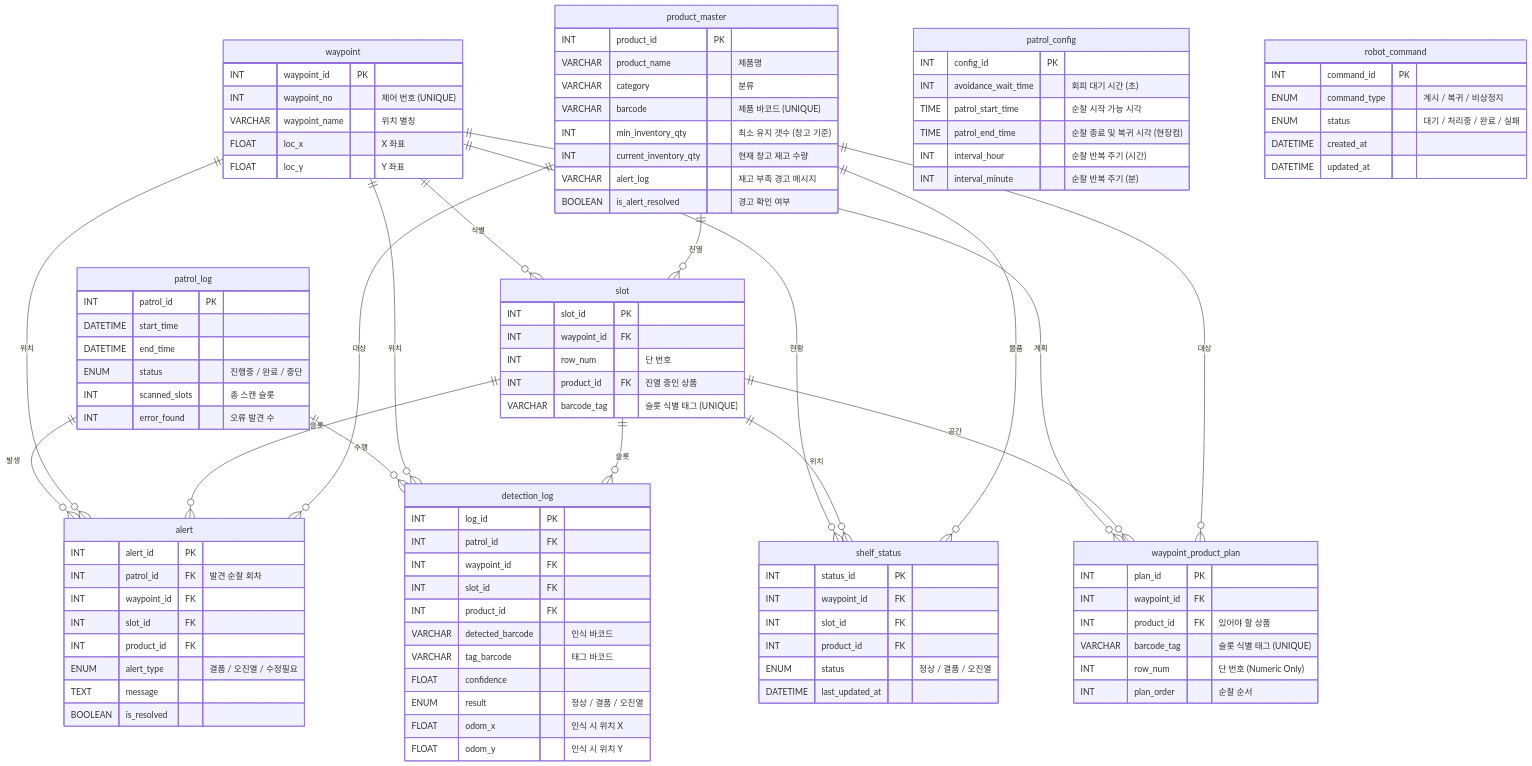
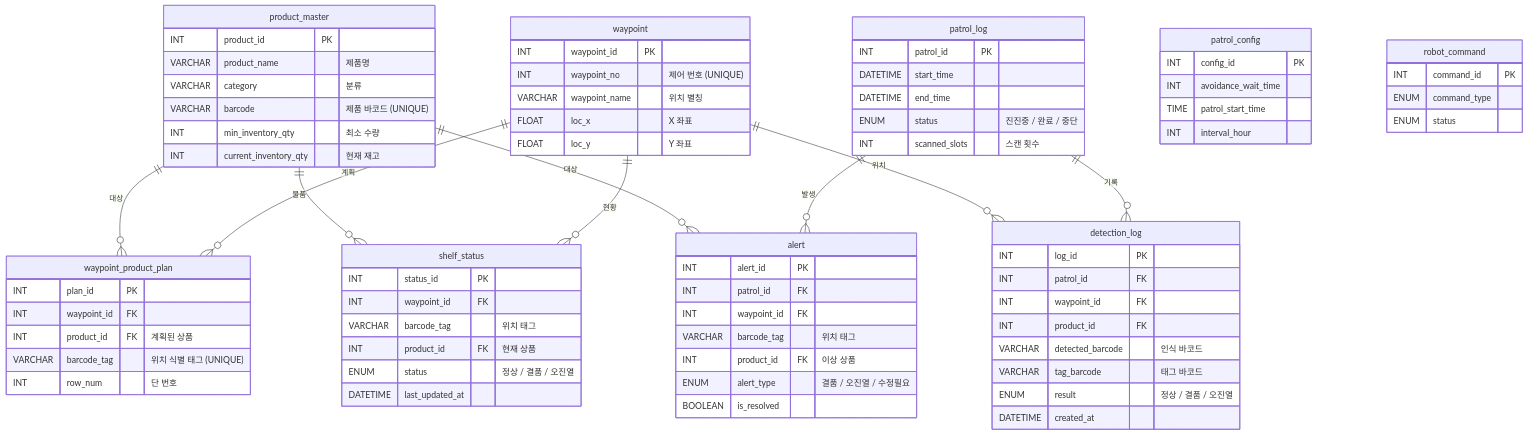
Before and after one commit to Hoon0185/AI_Robot_Final_Project202603: the diagram in db-server/doc/erd.md, drawn with Mermaid. The commit also changed other lines of this file and 2 other files, not shown here.

Commit message:
DB 레거시 테이블(shelf, slot, shelf_product) 정리 및 스키마 문서 최적화 (v3.2)

````diff
--- a/db-server/doc/erd.md
+++ b/db-server/doc/erd.md
@@ -61,10 +51,8 @@
         VARCHAR product_name "제품명"
         VARCHAR category "분류"
         VARCHAR barcode "제품 바코드 (UNIQUE)"
-        INT min_inventory_qty "최소 유지 갯수 (창고 기준)"
-        INT current_inventory_qty "현재 창고 재고 수량"
-        VARCHAR alert_log "재고 부족 경고 메시지"
-        BOOLEAN is_alert_resolved "경고 확인 여부"
+        INT min_inventory_qty "최소 수량"
+        INT current_inventory_qty "현재 재고"
     }
 
     waypoint {
@@ -75,28 +63,19 @@
         FLOAT loc_y "Y 좌표"
     }
 
-    slot {
-        INT slot_id PK
-        INT waypoint_id FK
-        INT row_num "단 번호"
-        INT product_id FK "진열 중인 상품"
-        VARCHAR barcode_tag "슬롯 식별 태그 (UNIQUE)"
-    }
-
     waypoint_product_plan {
         INT plan_id PK
         INT waypoint_id FK
-        INT product_id FK "있어야 할 상품"
-        VARCHAR barcode_tag "슬롯 식별 태그 (UNIQUE)"
-        INT row_num "단 번호 (Numeric Only)"
-        INT plan_order "순찰 순서"
+        INT product_id FK "계획된 상품"
+        VARCHAR barcode_tag "위치 식별 태그 (UNIQUE)"
+        INT row_num "단 번호"
     }
 
     shelf_status {
         INT status_id PK
         INT waypoint_id FK
-        INT slot_id FK
-        INT product_id FK
+        VARCHAR barcode_tag "위치 태그"
+        INT product_id FK "현재 상품"
         ENUM status "정상 / 결품 / 오진열"
         DATETIME last_updated_at
     }
@@ -105,66 +84,50 @@
         INT patrol_id PK
         DATETIME start_time
         DATETIME end_time
-        ENUM status "진행중 / 완료 / 중단"
-        INT scanned_slots "총 스캔 슬롯"
-        INT error_found "오류 발견 수"
+        ENUM status "진진중 / 완료 / 중단"
+        INT scanned_slots "스캔 횟수"
     }
 
     detection_log {
         INT log_id PK
         INT patrol_id FK
         INT waypoint_id FK
-        INT slot_id FK
         INT product_id FK
         VARCHAR detected_barcode "인식 바코드"
         VARCHAR tag_barcode "태그 바코드"
-        FLOAT confidence
         ENUM result "정상 / 결품 / 오진열"
-        FLOAT odom_x "인식 시 위치 X"
-        FLOAT odom_y "인식 시 위치 Y"
+        DATETIME created_at
     }
 
     alert {
         INT alert_id PK
-        INT patrol_id FK "발견 순찰 회차"
+        INT patrol_id FK
         INT waypoint_id FK
-        INT slot_id FK
-        INT product_id FK
+        VARCHAR barcode_tag "위치 태그"
+        INT product_id FK "이상 상품"
         ENUM alert_type "결품 / 오진열 / 수정필요"
-        TEXT message
         BOOLEAN is_resolved
     }
 
     patrol_config {
         INT config_id PK
-        INT avoidance_wait_time "회피 대기 시간 (초)"
-        TIME patrol_start_time "순찰 시작 가능 시각"
-        TIME patrol_end_time "순찰 종료 및 복귀 시각 (현장컴)"
-        INT interval_hour "순찰 반복 주기 (시간)"
-        INT interval_minute "순찰 반복 주기 (분)"
+        INT avoidance_wait_time
+        TIME patrol_start_time
+        INT interval_hour
     }
 
     robot_command {
         INT command_id PK
-        ENUM command_type "계시 / 복귀 / 비상정지"
-        ENUM status "대기 / 처리중 / 완료 / 실패"
-        DATETIME created_at
-        DATETIME updated_at
+        ENUM command_type
+        ENUM status
     }
 
-    waypoint          ||--o{ slot                 : "식별"
-    product_master    ||--o{ slot                 : "진열"
     waypoint          ||--o{ waypoint_product_plan : "계획"
-    slot              ||--o{ waypoint_product_plan : "공간"
     product_master    ||--o{ waypoint_product_plan : "대상"
     waypoint          ||--o{ shelf_status          : "현황"
-    slot              ||--o{ shelf_status          : "위치"
     product_master    ||--o{ shelf_status          : "물품"
-    patrol_log        ||--o{ detection_log         : "수행"
+    patrol_log        ||--o{ detection_log         : "기록"
     waypoint          ||--o{ detection_log         : "위치"
-    slot              ||--o{ detection_log         : "슬롯"
     patrol_log        ||--o{ alert                 : "발생"
-    waypoint          ||--o{ alert                 : "위치"
-    slot              ||--o{ alert                 : "슬롯"
     product_master    ||--o{ alert                 : "대상"
 ```
````
